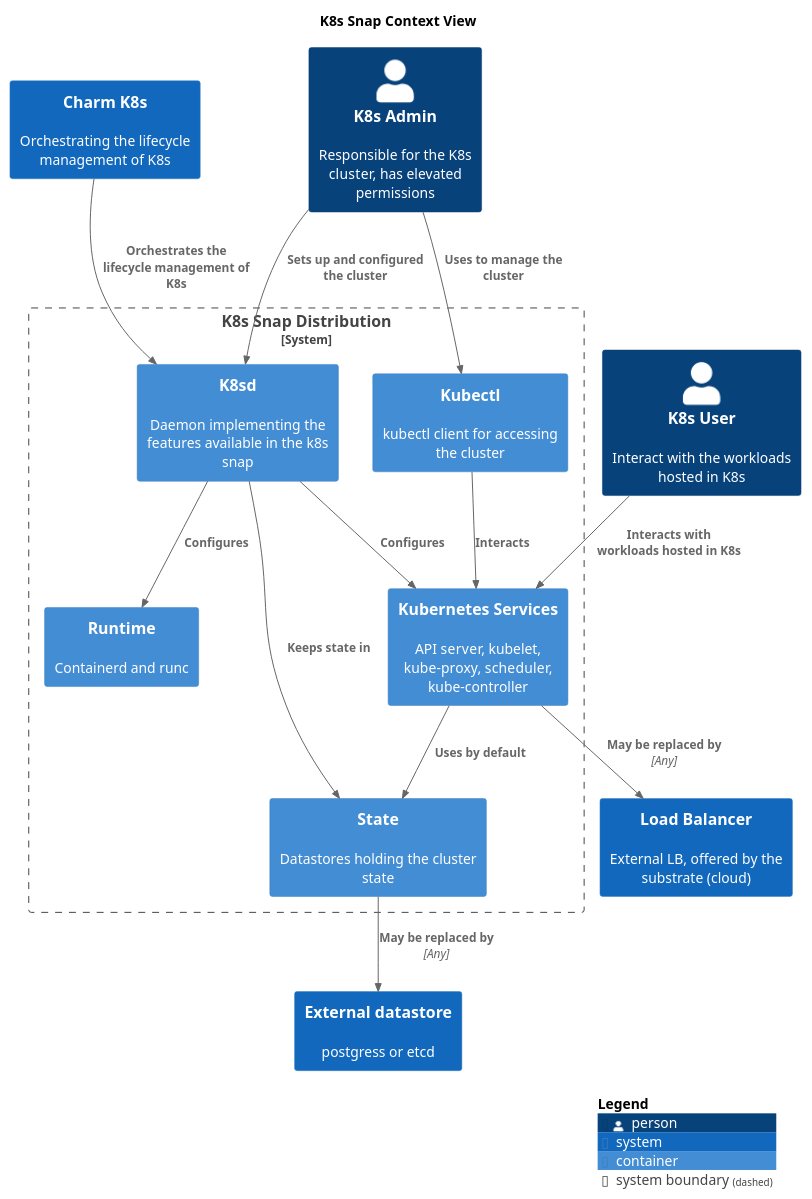
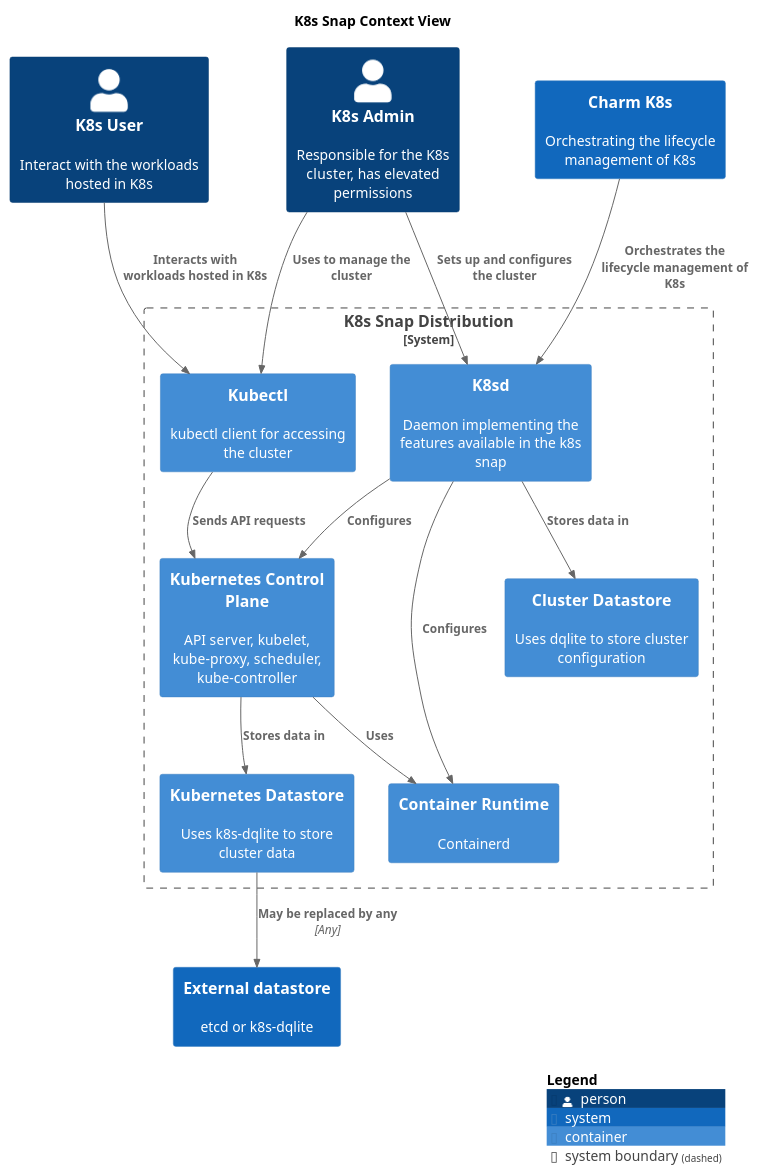
One commit to canonical/k8s-snap changed the diagram in docs/canonicalk8s/assets/k8s-container.puml. Above: the diagram before and after it, drawn with PlantUML.

Commit message:
review diagram

```diff
--- a/docs/canonicalk8s/assets/k8s-container.puml
+++ b/docs/canonicalk8s/assets/k8s-container.puml
@@ -1,38 +1,38 @@
 @startuml
 set separator none
 title K8s Snap Context View
 
 top to bottom direction
 
 !include <C4/C4>
 !include <C4/C4_Context>
 !include <C4/C4_Container>
 
 Person(K8sAdmin, "K8s Admin", $descr="Responsible for the K8s cluster, has elevated permissions", $tags="", $link="")
 Person(K8sUser, "K8s User", $descr="Interact with the workloads hosted in K8s", $tags="", $link="")
 System(CharmK8s, "Charm K8s", $descr="Orchestrating the lifecycle management of K8s", $tags="", $link="")
-System(LoadBalancer, "Load Balancer", $descr="External LB, offered by the substrate (cloud)", $tags="", $link="")
-System(Externaldatastore, "External datastore", $descr="postgress or etcd", $tags="", $link="")
+System(Externaldatastore, "External datastore", $descr="etcd or k8s-dqlite", $tags="", $link="")
 
 System_Boundary("K8sSnapDistribution_boundary", "K8s Snap Distribution", $tags="") {
-  Container(K8sSnapDistribution.KubernetesServices, "Kubernetes Services", $techn="", $descr="API server, kubelet, kube-proxy, scheduler, kube-controller", $tags="", $link="")
-  Container(K8sSnapDistribution.Runtime, "Runtime", $techn="", $descr="Containerd and runc", $tags="", $link="")
+  Container(K8sSnapDistribution.KubernetesControlPlane, "Kubernetes Control Plane", $techn="", $descr="API server, kubelet, kube-proxy, scheduler, kube-controller", $tags="", $link="")
+  Container(K8sSnapDistribution.ContainerRuntime, "Container Runtime", $techn="", $descr="Containerd", $tags="", $link="")
   Container(K8sSnapDistribution.K8sd, "K8sd", $techn="", $descr="Daemon implementing the features available in the k8s snap", $tags="", $link="")
-  Container(K8sSnapDistribution.State, "State", $techn="", $descr="Datastores holding the cluster state", $tags="", $link="")
+  Container(K8sSnapDistribution.K8sddatastore, "Cluster Datastore", $techn="", $descr="Uses dqlite to store cluster configuration", $tags="", $link="")
   Container(K8sSnapDistribution.Kubectl, "Kubectl", $techn="", $descr="kubectl client for accessing the cluster", $tags="", $link="")
+  Container(K8sSnapDistribution.Kubernetesdatastore, "Kubernetes Datastore", $techn="", $descr="Uses k8s-dqlite to store cluster data", $tags="", $link="")
 }
 
-Rel(K8sAdmin, K8sSnapDistribution.K8sd, "Sets up and configured the cluster", $techn="", $tags="", $link="")
+Rel(K8sAdmin, K8sSnapDistribution.K8sd, "Sets up and configures the cluster", $techn="", $tags="", $link="")
 Rel(K8sAdmin, K8sSnapDistribution.Kubectl, "Uses to manage the cluster", $techn="", $tags="", $link="")
-Rel(K8sUser, K8sSnapDistribution.KubernetesServices, "Interacts with workloads hosted in K8s", $techn="", $tags="", $link="")
+Rel(K8sUser, K8sSnapDistribution.Kubectl, "Interacts with workloads hosted in K8s", $techn="", $tags="", $link="")
 Rel(CharmK8s, K8sSnapDistribution.K8sd, "Orchestrates the lifecycle management of K8s", $techn="", $tags="", $link="")
-Rel(K8sSnapDistribution.State, Externaldatastore, "May be replaced by", $techn="Any", $tags="", $link="")
-Rel(K8sSnapDistribution.KubernetesServices, LoadBalancer, "May be replaced by", $techn="Any", $tags="", $link="")
-Rel(K8sSnapDistribution.K8sd, K8sSnapDistribution.KubernetesServices, "Configures", $techn="", $tags="", $link="")
-Rel(K8sSnapDistribution.KubernetesServices, K8sSnapDistribution.State, "Uses by default", $techn="", $tags="", $link="")
-Rel(K8sSnapDistribution.K8sd, K8sSnapDistribution.State, "Keeps state in", $techn="", $tags="", $link="")
-Rel(K8sSnapDistribution.Kubectl, K8sSnapDistribution.KubernetesServices, "Interacts", $techn="", $tags="", $link="")
-Rel(K8sSnapDistribution.K8sd, K8sSnapDistribution.Runtime, "Configures", $techn="", $tags="", $link="")
+Rel(K8sSnapDistribution.K8sd, K8sSnapDistribution.K8sddatastore, "Stores data in", $techn="", $tags="", $link="")
+Rel(K8sSnapDistribution.KubernetesControlPlane, K8sSnapDistribution.Kubernetesdatastore, "Stores data in", $techn="", $tags="", $link="")
+Rel(K8sSnapDistribution.Kubernetesdatastore, Externaldatastore, "May be replaced by any", $techn="Any", $tags="", $link="")
+Rel(K8sSnapDistribution.K8sd, K8sSnapDistribution.KubernetesControlPlane, "Configures", $techn="", $tags="", $link="")
+Rel(K8sSnapDistribution.KubernetesControlPlane, K8sSnapDistribution.ContainerRuntime, "Uses", $techn="", $tags="", $link="")
+Rel(K8sSnapDistribution.Kubectl, K8sSnapDistribution.KubernetesControlPlane, "Sends API requests", $techn="", $tags="", $link="")
+Rel(K8sSnapDistribution.K8sd, K8sSnapDistribution.ContainerRuntime, "Configures", $techn="", $tags="", $link="")
 
 SHOW_LEGEND(true)
 @enduml
```
